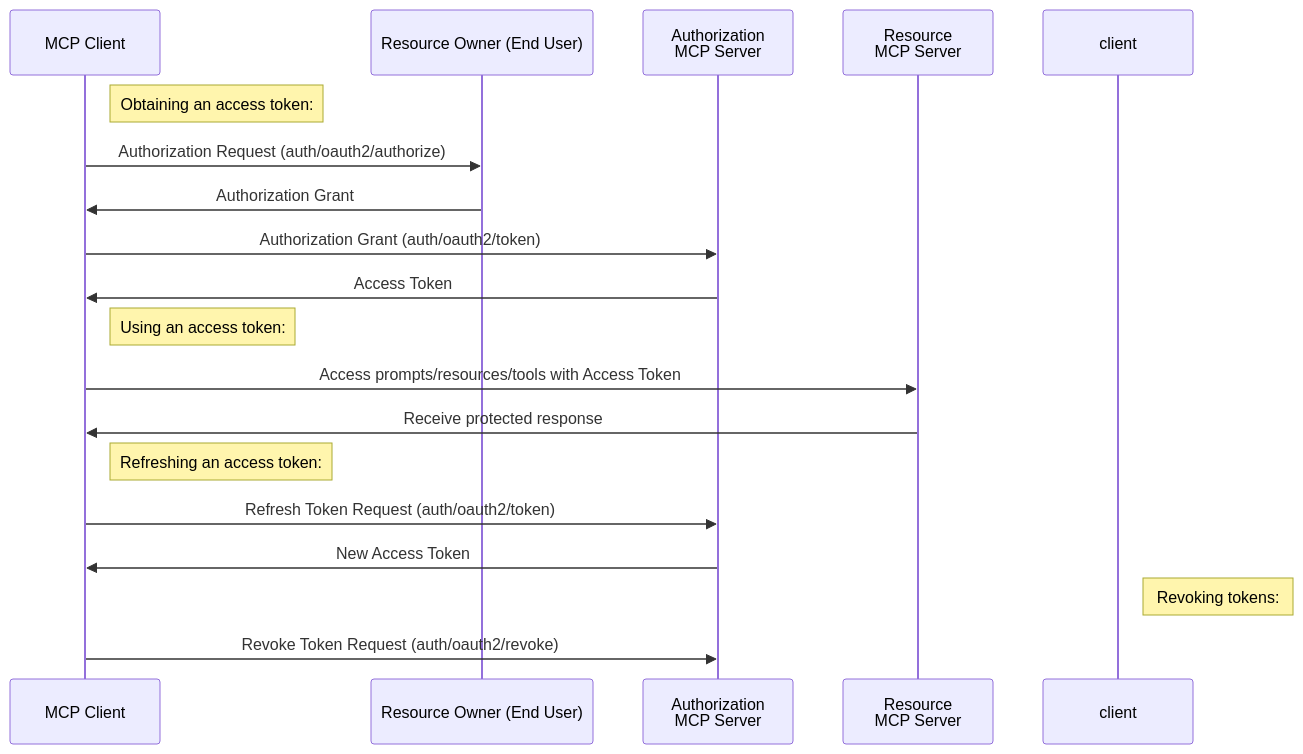
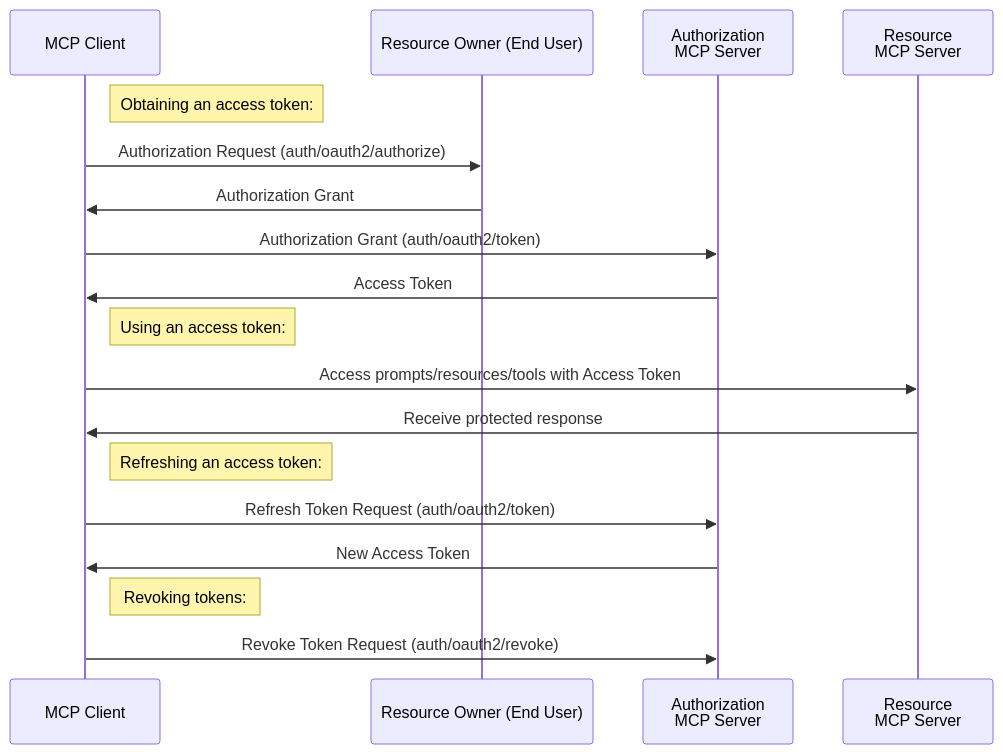
The diagram in docs/specification/auth/oauth2.md (modelcontextprotocol/specification), drawn with Mermaid before and after one commit. The commit also changed other lines of this file and 1 other file, not shown here.

````diff
--- a/docs/specification/auth/oauth2.md
+++ b/docs/specification/auth/oauth2.md
@@ -18,25 +18,25 @@
 ```mermaid
 sequenceDiagram
     participant Client as MCP Client
     participant User as Resource Owner (End User)
     participant AuthServer as Authorization<br> MCP Server
     participant Resource as Resource<br>MCP Server
 
     Note right of Client: Obtaining an access token:
     Client->>User: Authorization Request (auth/oauth2/authorize)
     User->>Client: Authorization Grant
     Client->>AuthServer: Authorization Grant (auth/oauth2/token)
     AuthServer->>Client: Access Token
 
     Note right of Client: Using an access token:
     Client->>Resource: Access prompts/resources/tools with Access Token
     Resource->>Client: Receive protected response
     
 
     Note right of Client: Refreshing an access token:
     Client->>AuthServer: Refresh Token Request (auth/oauth2/token)
     AuthServer->>Client: New Access Token
 
-    Note right of client: Revoking tokens:
+    Note right of Client: Revoking tokens:
     Client->>AuthServer: Revoke Token Request (auth/oauth2/revoke)
 ```
````
